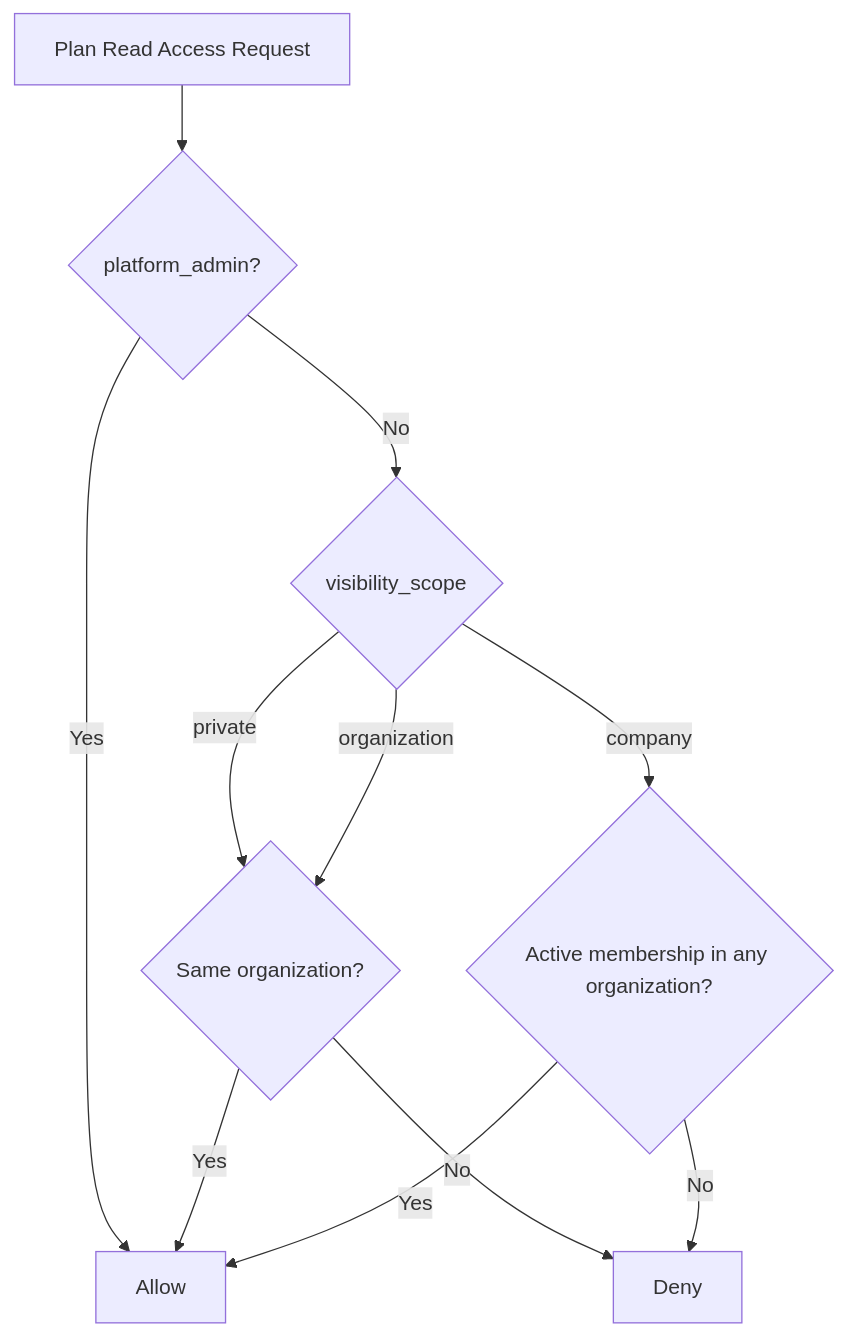
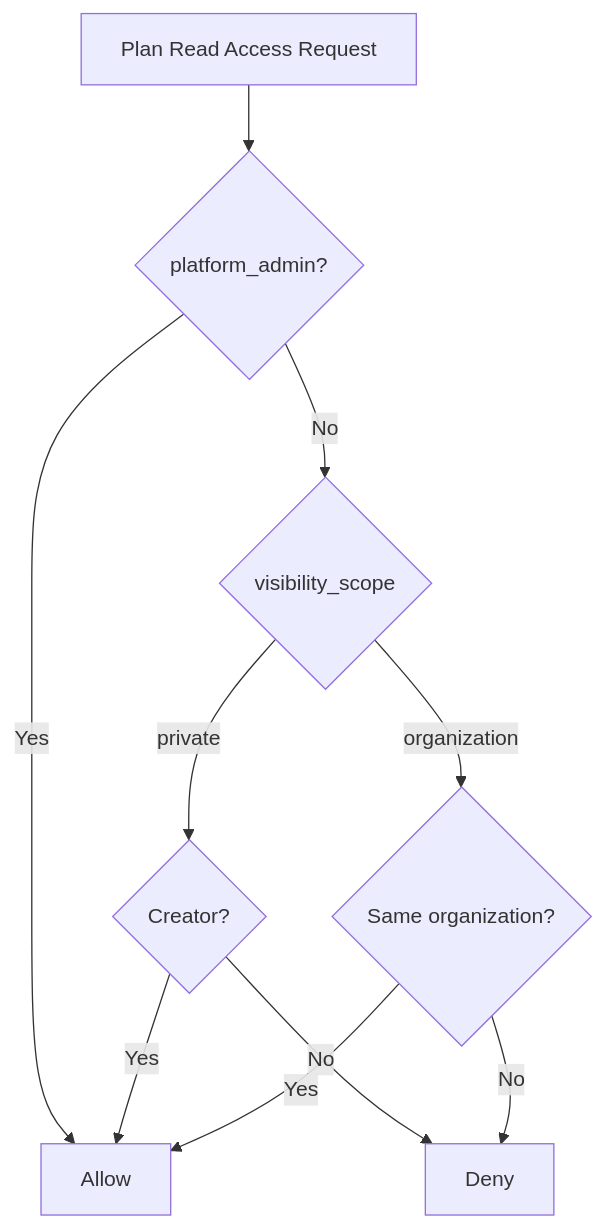
The third of 4 diagrams in docs/DIAGRAMS.md (smontes-profe/program-planner), drawn with Mermaid before and after one commit. The commit also changed 17 other files, not shown here.

````diff
--- a/docs/DIAGRAMS.md
+++ b/docs/DIAGRAMS.md
@@ -128,23 +128,22 @@
 ```mermaid
 flowchart TD
     Start[Plan Read Access Request]
     IsAdmin{platform_admin?}
     SameOrg{Same organization?}
     Scope{visibility_scope}
-    AnyMember{Active membership in any organization?}
     Allow[Allow]
     Deny[Deny]
 
     Start --> IsAdmin
     IsAdmin -- Yes --> Allow
     IsAdmin -- No --> Scope
 
-    Scope -- private --> SameOrg
+    Scope -- private --> CreatorOnly
+    CreatorOnly{Creator?}
+    CreatorOnly -- Yes --> Allow
+    CreatorOnly -- No --> Deny
+
+    Scope -- organization --> SameOrg
     SameOrg -- Yes --> Allow
     SameOrg -- No --> Deny
-
-    Scope -- organization --> SameOrg
-    Scope -- company --> AnyMember
-    AnyMember -- Yes --> Allow
-    AnyMember -- No --> Deny
 ```
````
